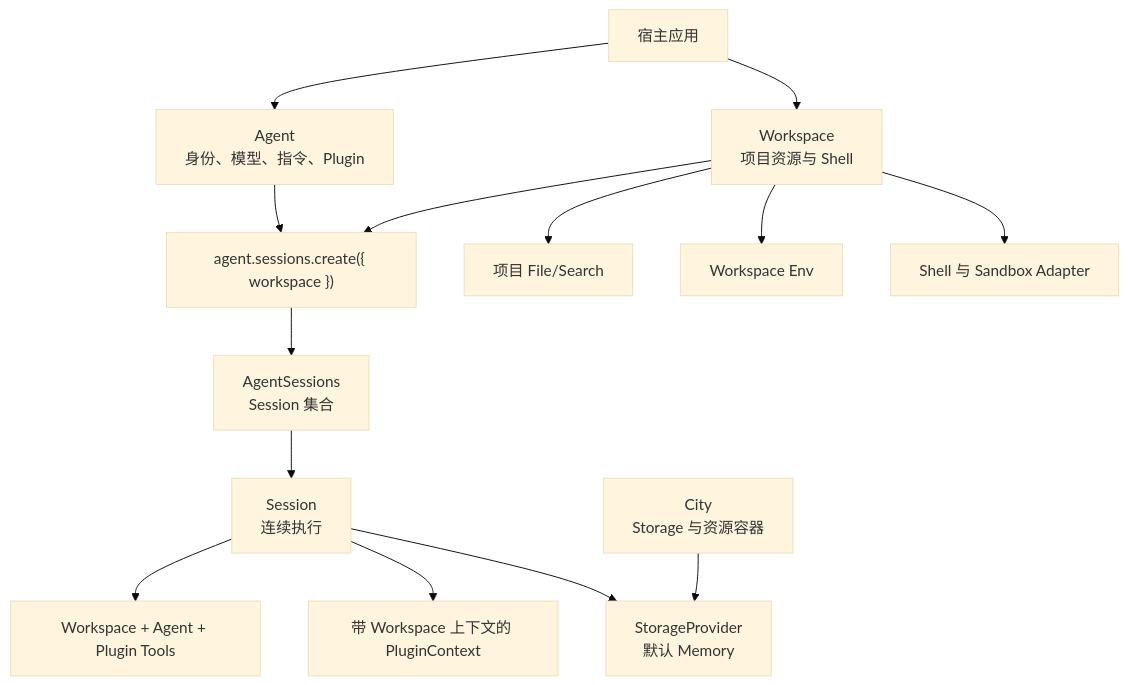
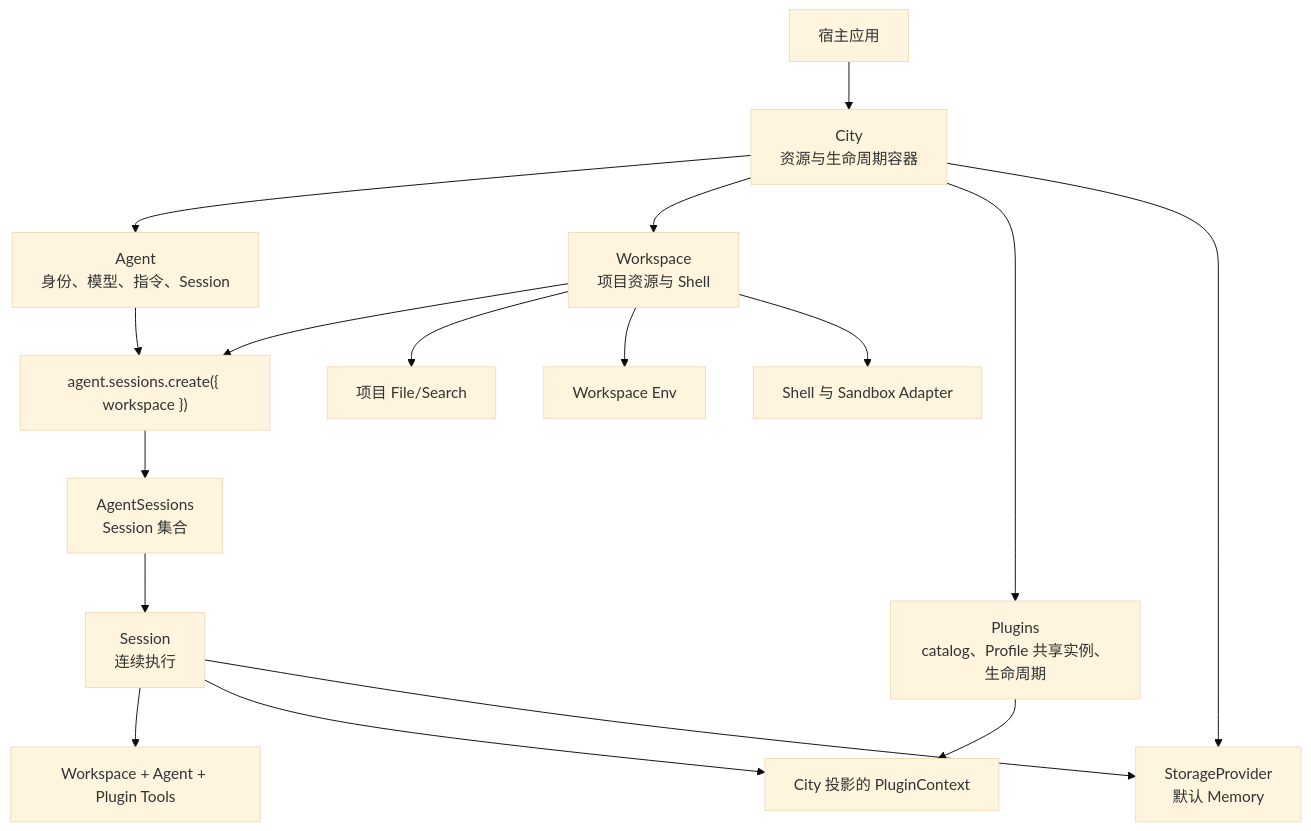
The first of 2 diagrams in homepage/content/docs/zh/agent/sdk-architecture.mdx (genesiscosmos/downcity), drawn with Mermaid (base theme) before and after one commit. The commit also changed other lines of this file and 287 other files, not shown here.

Commit message:
refactor(plugin): move plugin ownership to city

````diff
--- a/homepage/content/docs/zh/agent/sdk-architecture.mdx
+++ b/homepage/content/docs/zh/agent/sdk-architecture.mdx
@@ -24,16 +28,19 @@
 ```mermaid
 flowchart TD
-    Host["宿主应用"] --> Agent["Agent<br/>身份、模型、指令、Plugin"]
-    Host --> Workspace["Workspace<br/>项目资源与 Shell"]
+    Host["宿主应用"] --> City["City<br/>资源与生命周期容器"]
+    City --> Agent["Agent<br/>身份、模型、指令、Session"]
+    City --> Workspace["Workspace<br/>项目资源与 Shell"]
+    City --> Plugins["Plugins<br/>catalog、Profile 共享实例、生命周期"]
     Agent --> Enter["agent.sessions.create({ workspace })"]
     Workspace --> Enter
     Enter --> Sessions["AgentSessions<br/>Session 集合"]
     Sessions --> Session["Session<br/>连续执行"]
     Session --> Tools["Workspace + Agent + Plugin Tools"]
-    Session --> Context["带 Workspace 上下文的 PluginContext"]
-    City["City<br/>Storage 与资源容器"] --> Storage["StorageProvider<br/>默认 Memory"]
+    Session --> Context["City 投影的 PluginContext"]
+    Plugins --> Context
+    City --> Storage["StorageProvider<br/>默认 Memory"]
     Session --> Storage
     Workspace --> Files["项目 File/Search"]
     Workspace --> Env["Workspace Env"]
     Workspace --> Shell["Shell 与 Sandbox Adapter"]
 ```
````
